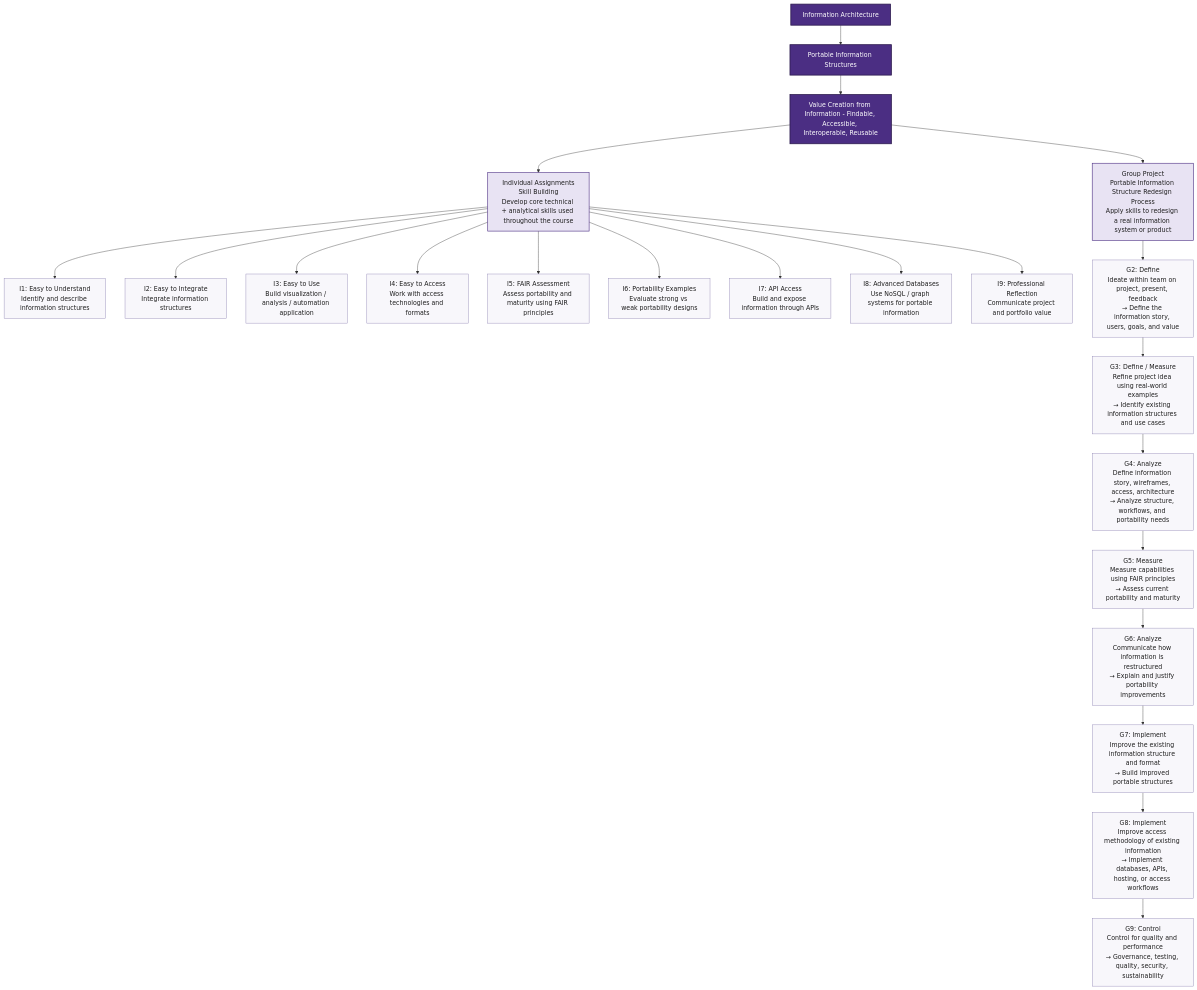
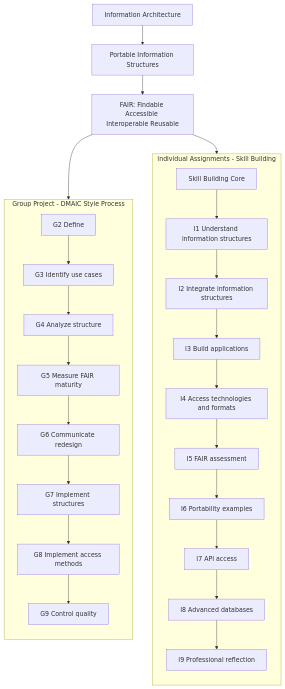
The diagram in README.md (StevenGustafson/portable_info_structures), drawn with Mermaid before and after one commit.

Commit message:
Revise flowchart in README for clarity
Updated the flowchart to include individual assignments and group project processes.

````diff
--- a/README.md
+++ b/README.md
@@ -1,39 +1,50 @@
 ```mermaid
+
 flowchart TB
-    A[Information Architecture] --> B[Portable Information Structures]
-    B --> C[Value Creation from Information - Findable, Accessible, Interoperable, Reusable]
 
-    C --> D
-    C --> E
+subgraph INDIVIDUAL["Individual Assignments - Skill Building"]
+direction TB
 
-    D[Individual Assignments<br/> Skill Building <br/>Develop core technical + analytical skills used throughout the course]
-    E[Group Project<br/>Portable Information Structure Redesign Process<br/>Apply skills to redesign a real information system or product]
+D[Skill Building Core]
 
-    D --> I1[I1: Easy to Understand<br/>Identify and describe information structures]
-    D --> I2[I2: Easy to Integrate<br/>Integrate information structures]
-    D --> I3[I3: Easy to Use<br/>Build visualization / analysis / automation application]
-    D --> I4[I4: Easy to Access<br/>Work with access technologies and formats]
-    D --> I5[I5: FAIR Assessment<br/>Assess portability and maturity using FAIR principles]
-    D --> I6[I6: Portability Examples<br/>Evaluate strong vs weak portability designs]
-    D --> I7[I7: API Access<br/>Build and expose information through APIs]
-    D --> I8[I8: Advanced Databases<br/>Use NoSQL / graph systems for portable information]
-    D --> I9[I9: Professional Reflection<br/>Communicate project and portfolio value]
+I1[I1 Understand information structures]
+I2[I2 Integrate information structures]
+I3[I3 Build applications]
+I4[I4 Access technologies and formats]
+I5[I5 FAIR assessment]
+I6[I6 Portability examples]
+I7[I7 API access]
+I8[I8 Advanced databases]
+I9[I9 Professional reflection]
 
-    E --> G2[G2: Define<br/>Ideate within team on project, present, feedback<br/>&rarr; Define the information story, users, goals, and value]
-    G2 --> G3[G3: Define / Measure<br/>Refine project idea using real-world examples<br/>&rarr; Identify existing information structures and use cases]
-    G3 --> G4[G4: Analyze<br/>Define information story, wireframes, access, architecture<br/>&rarr; Analyze structure, workflows, and portability needs]
-    G4 --> G5[G5: Measure<br/>Measure capabilities using FAIR principles<br/>&rarr; Assess current portability and maturity]
-    G5 --> G6[G6: Analyze<br/>Communicate how information is restructured<br/>&rarr; Explain and justify portability improvements]
-    G6 --> G7[G7: Implement<br/>Improve the existing information structure and format<br/>&rarr; Build improved portable structures]
-    G7 --> G8[G8: Implement<br/>Improve access methodology of existing information<br/>&rarr; Implement databases, APIs, hosting, or access workflows]
-    G8 --> G9[G9: Control<br/>Control for quality and performance<br/>&rarr; Governance, testing, quality, security, sustainability]
+D --> I1 --> I2 --> I3 --> I4 --> I5 --> I6 --> I7 --> I8 --> I9
 
-    classDef header fill:#4b2e83,color:#fff,stroke:#2c1a4d,stroke-width:2px;
-    classDef section fill:#e8e3f3,color:#1f1f1f,stroke:#4b2e83,stroke-width:1.5px;
-    classDef item fill:#f8f7fb,color:#1f1f1f,stroke:#8a7fb0,stroke-width:1px;
+end
 
-    class A,B,C header;
-    class D,E section;
-    class I1,I2,I3,I4,I5,I6,I7,I8,I9,G2,G3,G4,G5,G6,G7,G8,G9 item;
+
+subgraph GROUP["Group Project - DMAIC Style Process"]
+direction TB
+
+G2[G2 Define]
+G3[G3 Identify use cases]
+G4[G4 Analyze structure]
+G5[G5 Measure FAIR maturity]
+G6[G6 Communicate redesign]
+G7[G7 Implement structures]
+G8[G8 Implement access methods]
+G9[G9 Control quality]
+
+G2 --> G3 --> G4 --> G5 --> G6 --> G7 --> G8 --> G9
+
+end
+
+
+A[Information Architecture]
+B[Portable Information Structures]
+C[FAIR: Findable Accessible Interoperable Reusable]
+
+A --> B --> C
+C --> D
+C --> G2
 
 ```
````
